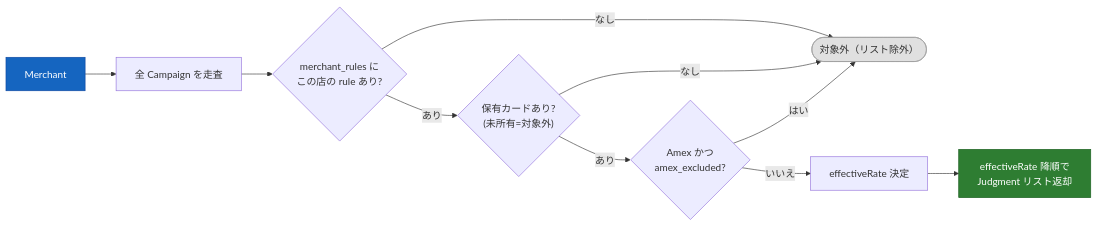
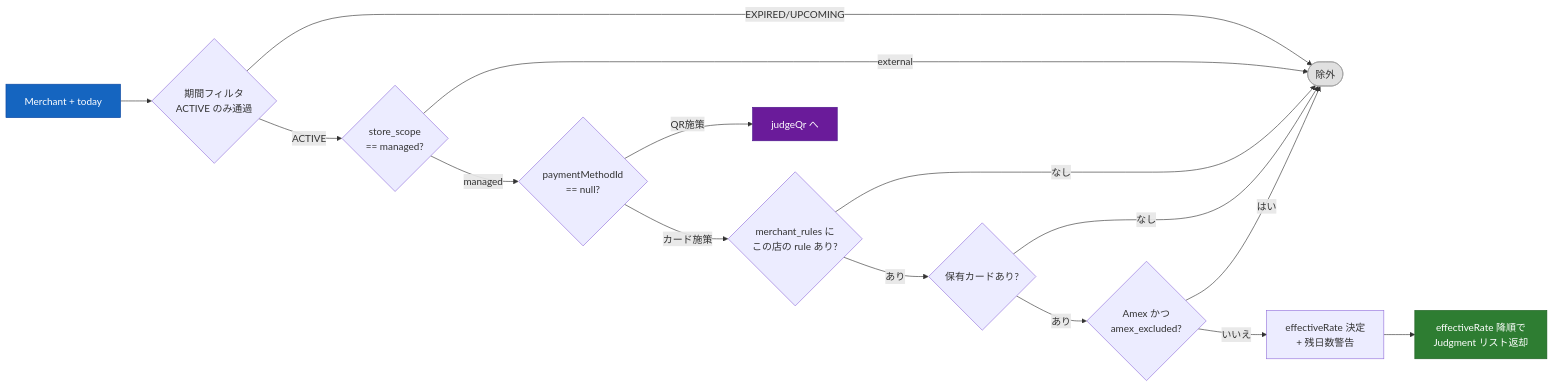
One commit to ktakjm/poikatsu changed the fourth of 6 diagrams in docs/code-guide.md. Above: the diagram before and after it, drawn with Mermaid. The commit also changed other lines of this file and 10 other files, not shown here.

````diff
--- a/docs/code-guide.md
+++ b/docs/code-guide.md
@@ -249,16 +298,22 @@
 ```mermaid
 flowchart LR
-    IN["Merchant"] --> LOOP["全 Campaign を走査"]
-    LOOP --> RULE{"merchant_rules に<br/>この店の rule あり?"}
-    RULE -- "なし" --> DROP(["対象外（リスト除外）"])
-    RULE -- "あり" --> CARD{"保有カードあり?<br/>(未所有=対象外)"}
+    IN["Merchant + today"] --> PERIOD{"期間フィルタ<br/>ACTIVE のみ通過"}
+    PERIOD -- "EXPIRED/UPCOMING" --> DROP(["除外"])
+    PERIOD -- "ACTIVE" --> SCOPE{"store_scope<br/>== managed?"}
+    SCOPE -- "external" --> DROP
+    SCOPE -- "managed" --> PMID{"paymentMethodId<br/>== null?"}
+    PMID -- "QR施策" --> QR["judgeQr へ"]
+    PMID -- "カード施策" --> RULE{"merchant_rules に<br/>この店の rule あり?"}
+    RULE -- "なし" --> DROP
+    RULE -- "あり" --> CARD{"保有カードあり?"}
     CARD -- "なし" --> DROP
     CARD -- "あり" --> AMEX{"Amex かつ<br/>amex_excluded?"}
     AMEX -- "はい" --> DROP
-    AMEX -- "いいえ" --> RATE["effectiveRate 決定"]
+    AMEX -- "いいえ" --> RATE["effectiveRate 決定<br/>+ 残日数警告"]
     RATE --> SORT["effectiveRate 降順で<br/>Judgment リスト返却"]
 
     style IN fill:#1565C0,stroke:#0D47A1,color:#fff
     style SORT fill:#2E7D32,stroke:#1B5E20,color:#fff
     style DROP fill:#E0E0E0,stroke:#9E9E9E,color:#333
+    style QR fill:#6A1B9A,stroke:#4A148C,color:#fff
 ```
````
